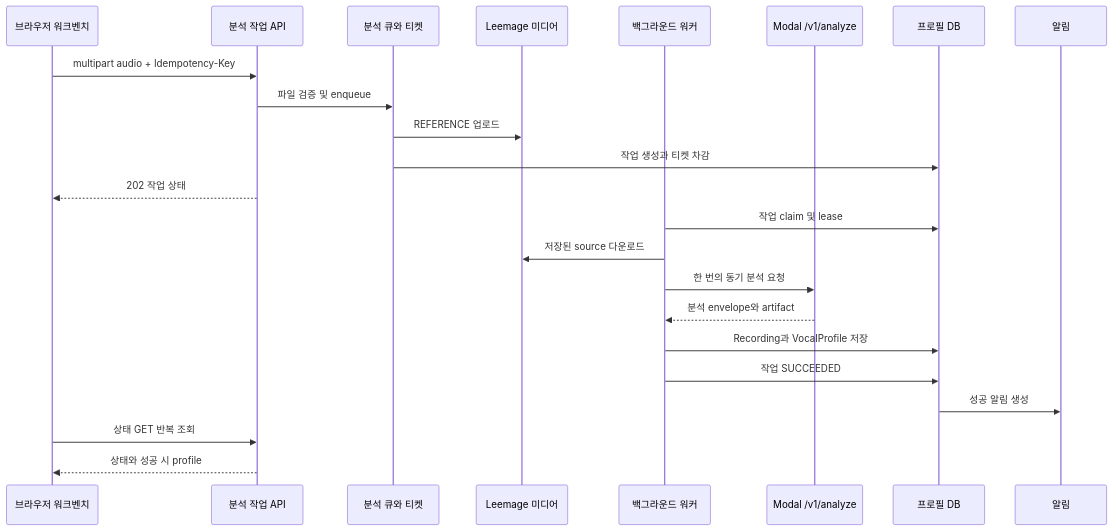
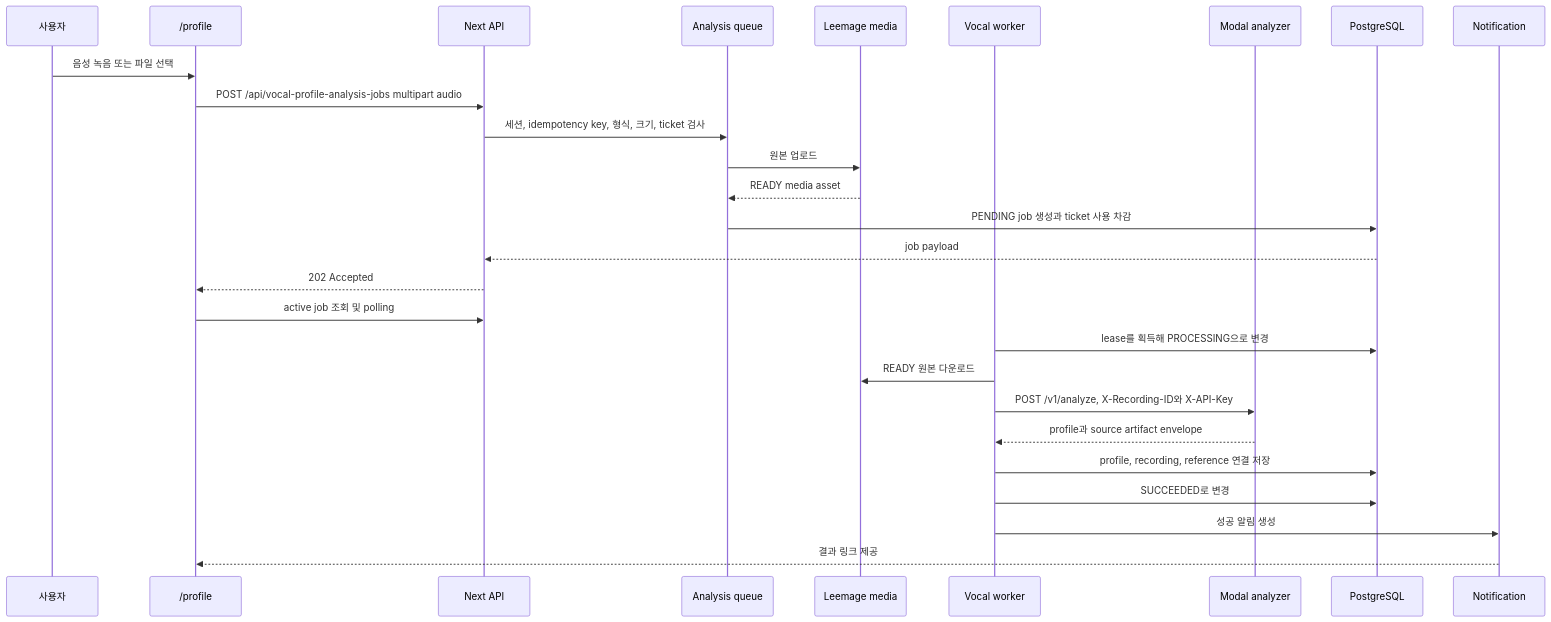
One commit to leey00nsu/copy-singer changed the diagram in openwiki/workflows/vocal-profile-analysis.md. Above: the diagram before and after it, drawn with Mermaid. The commit also changed other lines of this file and 57 other files, not shown here.

````diff
--- a/openwiki/workflows/vocal-profile-analysis.md
+++ b/openwiki/workflows/vocal-profile-analysis.md
@@ -43,26 +47,30 @@
 ```mermaid
 sequenceDiagram
-    participant Browser as 브라우저 워크벤치
-    participant API as 분석 작업 API
-    participant Queue as 분석 큐와 티켓
-    participant Media as Leemage 미디어
-    participant Worker as 백그라운드 워커
-    participant Modal as Modal /v1/analyze
-    participant DB as 프로필 DB
-    participant Notify as 알림
+    participant User as 사용자
+    participant Profile as /profile
+    participant API as Next API
+    participant Queue as Analysis queue
+    participant Media as Leemage media
+    participant Worker as Vocal worker
+    participant Modal as Modal analyzer
+    participant DB as PostgreSQL
+    participant Notify as Notification
 
-    Browser->>API: multipart audio + Idempotency-Key
-    API->>Queue: 파일 검증 및 enqueue
-    Queue->>Media: REFERENCE 업로드
-    Queue->>DB: 작업 생성과 티켓 차감
-    API-->>Browser: 202 작업 상태
-    Worker->>DB: 작업 claim 및 lease
-    Worker->>Media: 저장된 source 다운로드
-    Worker->>Modal: 한 번의 동기 분석 요청
-    Modal-->>Worker: 분석 envelope와 artifact
-    Worker->>DB: Recording과 VocalProfile 저장
-    Worker->>DB: 작업 SUCCEEDED
-    DB->>Notify: 성공 알림 생성
-    Browser->>API: 상태 GET 반복 조회
-    API-->>Browser: 상태와 성공 시 profile
+    User->>Profile: 음성 녹음 또는 파일 선택
+    Profile->>API: POST /api/vocal-profile-analysis-jobs multipart audio
+    API->>Queue: 세션, idempotency key, 형식, 크기, ticket 검사
+    Queue->>Media: 원본 업로드
+    Media-->>Queue: READY media asset
+    Queue->>DB: PENDING job 생성과 ticket 사용 차감
+    DB-->>API: job payload
+    API-->>Profile: 202 Accepted
+    Profile->>API: active job 조회 및 polling
+    Worker->>DB: lease를 획득해 PROCESSING으로 변경
+    Worker->>Media: READY 원본 다운로드
+    Worker->>Modal: POST /v1/analyze, X-Recording-ID와 X-API-Key
+    Modal-->>Worker: profile과 source artifact envelope
+    Worker->>DB: profile, recording, reference 연결 저장
+    Worker->>DB: SUCCEEDED로 변경
+    Worker->>Notify: 성공 알림 생성
+    Notify-->>Profile: 결과 링크 제공
 ```
````
